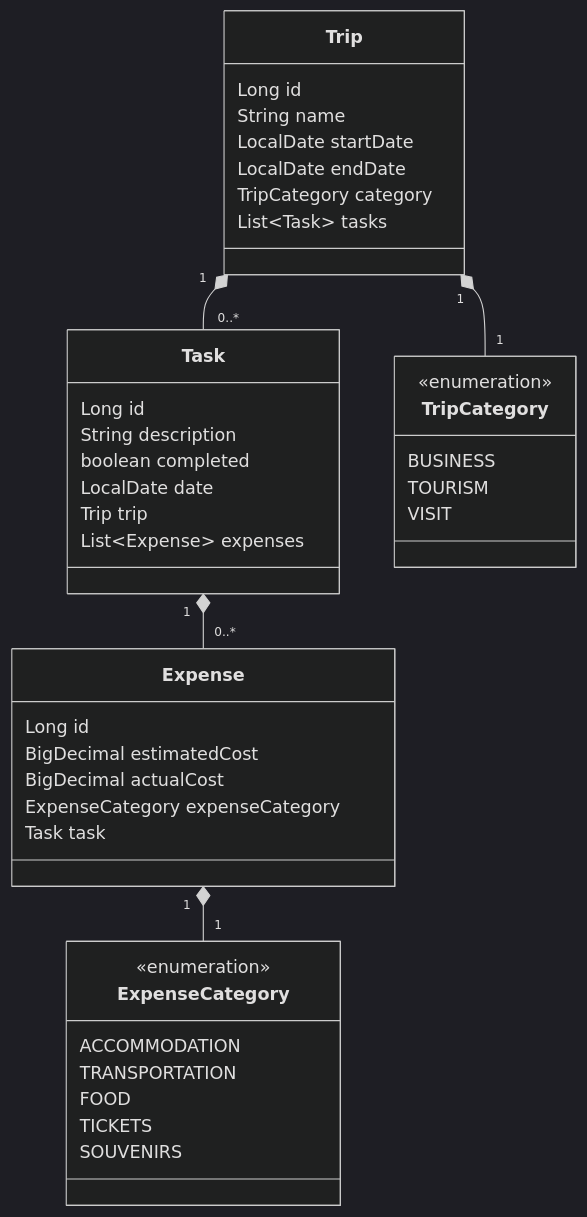
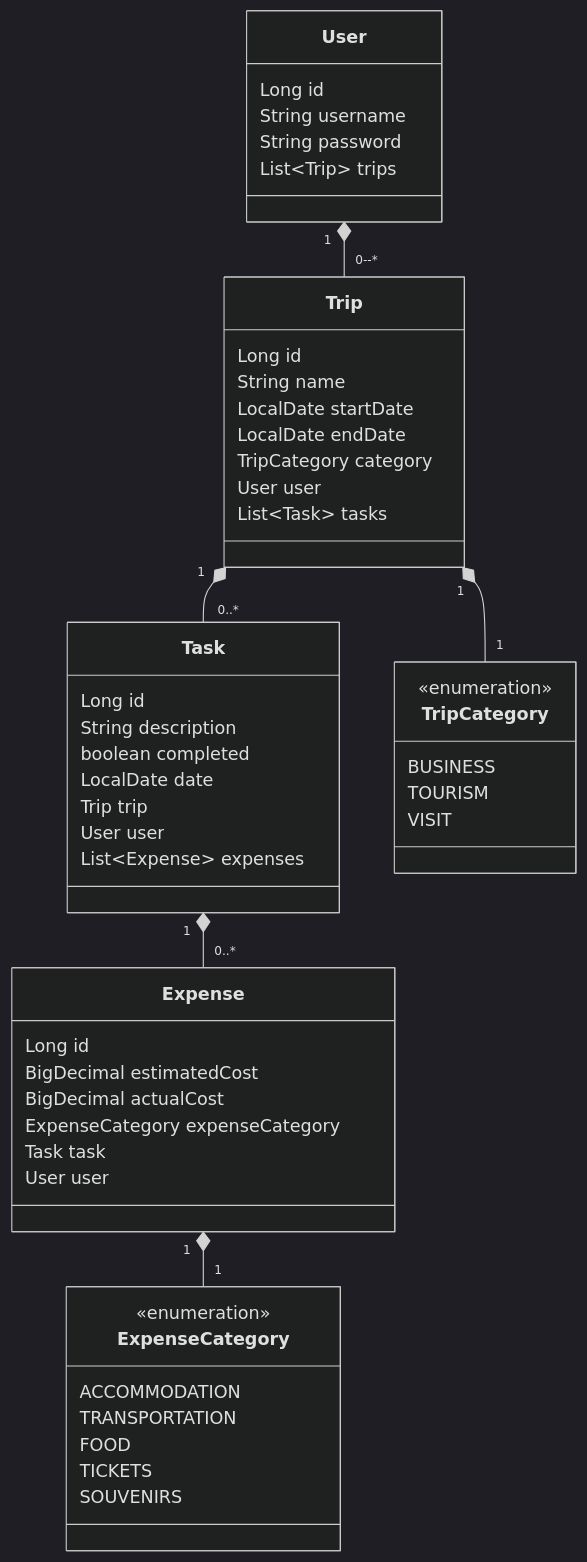
Before and after one commit to Drufontael/Trip-planner: the diagram in README.md, drawn with Mermaid (dark theme). The commit also changed other lines of this file and 6 other files, not shown here.

````diff
--- a/README.md
+++ b/README.md
@@ -14,49 +14,58 @@
 ```mermaid
 classDiagram
     class Trip {
         Long id
         String name
         LocalDate startDate
         LocalDate endDate
         TripCategory category
+        User user
         List~Task~ tasks
     }
 
     class Task {
         Long id
         String description
         boolean completed
         LocalDate date
         Trip trip
+        User user
         List~Expense~ expenses
     }
 
     class Expense {
         Long id
         BigDecimal estimatedCost
         BigDecimal actualCost
         ExpenseCategory expenseCategory
         Task task
+        User user
+    }
+    class User {
+        Long id
+        String username
+        String password
+        List~Trip~ trips
     }
 
 class TripCategory {
     <<enumeration>>
 BUSINESS
 TOURISM
 VISIT
 }
 
 class ExpenseCategory {
     <<enumeration>>
 ACCOMMODATION
 TRANSPORTATION
 FOOD
 TICKETS
 SOUVENIRS
     }
-
+User "1"*--"0--*"Trip 
 Trip "1"*-- "1" TripCategory
 Trip "1"*-- "0..*" Task
 Task "1"*-- "0..*" Expense
 Expense "1"*-- "1" ExpenseCategory
 ```
````
